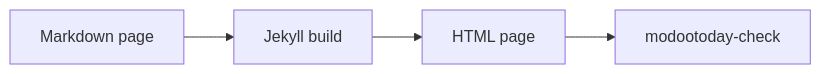
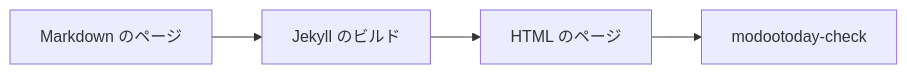
The diagram in docs/components/kitchen-sink.ja.md (modootoday/jekyll-theme-modootoday), drawn with Mermaid before and after one commit. The commit also changed other lines of this file and 20 other files, not shown here.

First line of the commit message:
feat(figure): a diagram picks its minimum width, and translations draw their own pair

````diff
--- a/docs/components/kitchen-sink.ja.md
+++ b/docs/components/kitchen-sink.ja.md
@@ -250,6 +250,6 @@
 ```mermaid
 flowchart LR
-  md[Markdown page] --> build[Jekyll build]
-  build --> html[HTML page]
+  md[Markdown のページ] --> build[Jekyll のビルド]
+  build --> html[HTML のページ]
   html --> check[modootoday-check]
 ```
````
